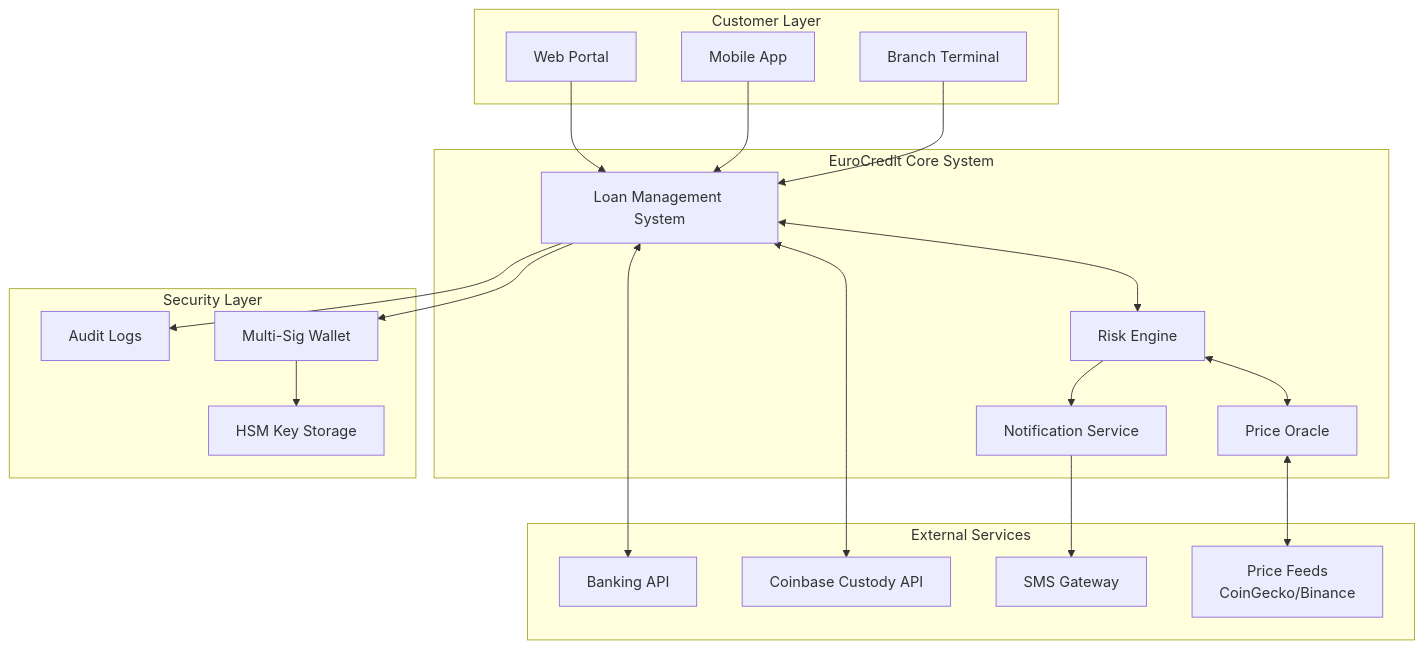
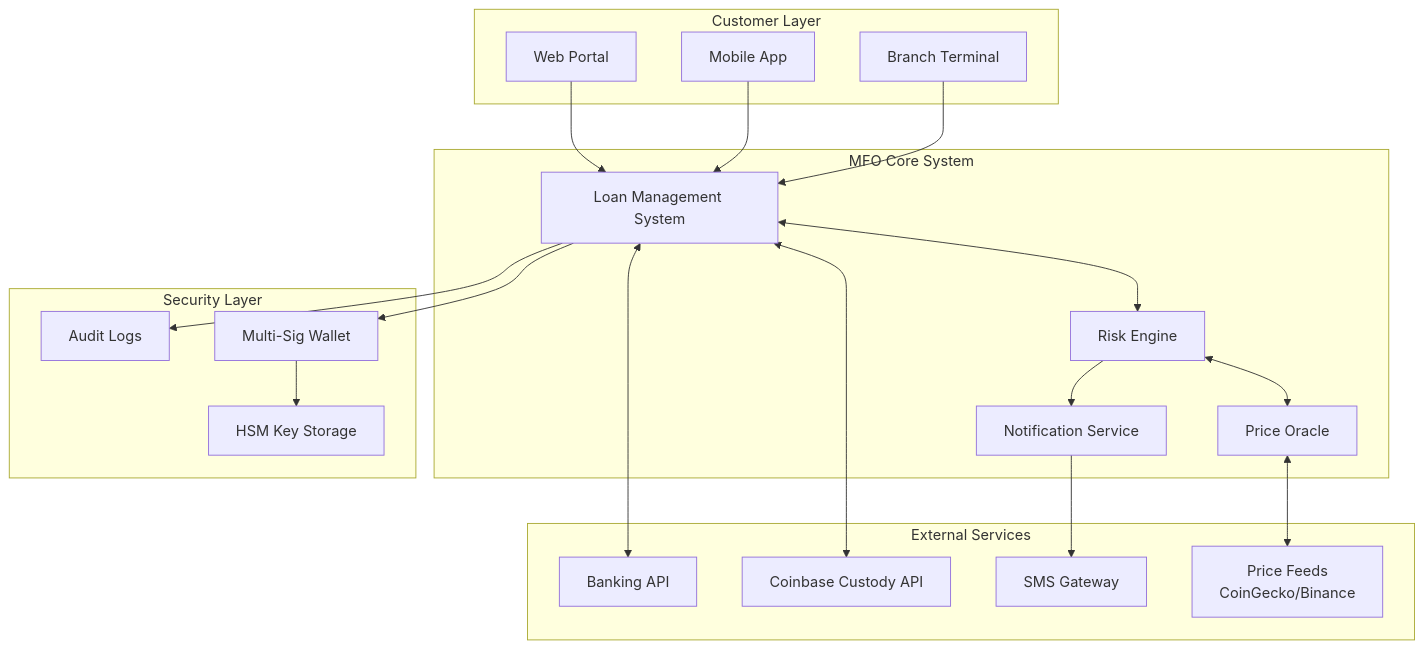
The third of 6 diagrams in btc-loans-proposal.md (AppifySheets/eurocredit-btc-loans), drawn with Mermaid before and after one commit. The commit also changed other lines of this file, not shown here.

First line of the commit message:
Simplify linear mermaid diagrams to bullet points for better readability

````diff
--- a/btc-loans-proposal.md
+++ b/btc-loans-proposal.md
@@ -168,42 +162,42 @@
 ```mermaid
 graph TB
     subgraph Customer Layer
         A[Web Portal]
         B[Mobile App]
         C[Branch Terminal]
     end
     
-    subgraph EuroCredit Core System
+    subgraph MFO Core System
         D[Loan Management System]
         E[Risk Engine]
         F[Price Oracle]
         G[Notification Service]
     end
     
     subgraph External Services
         H[Coinbase Custody API]
         I[Price Feeds<br/>CoinGecko/Binance]
         J[Banking API]
         K[SMS Gateway]
     end
     
     subgraph Security Layer
         L[Multi-Sig Wallet]
         M[HSM Key Storage]
         N[Audit Logs]
     end
     
     A --> D
     B --> D
     C --> D
     D <--> E
     E <--> F
     F <--> I
     D <--> H
     D <--> J
     G --> K
     E --> G
     D --> L
     L --> M
     D --> N
 ```
````
